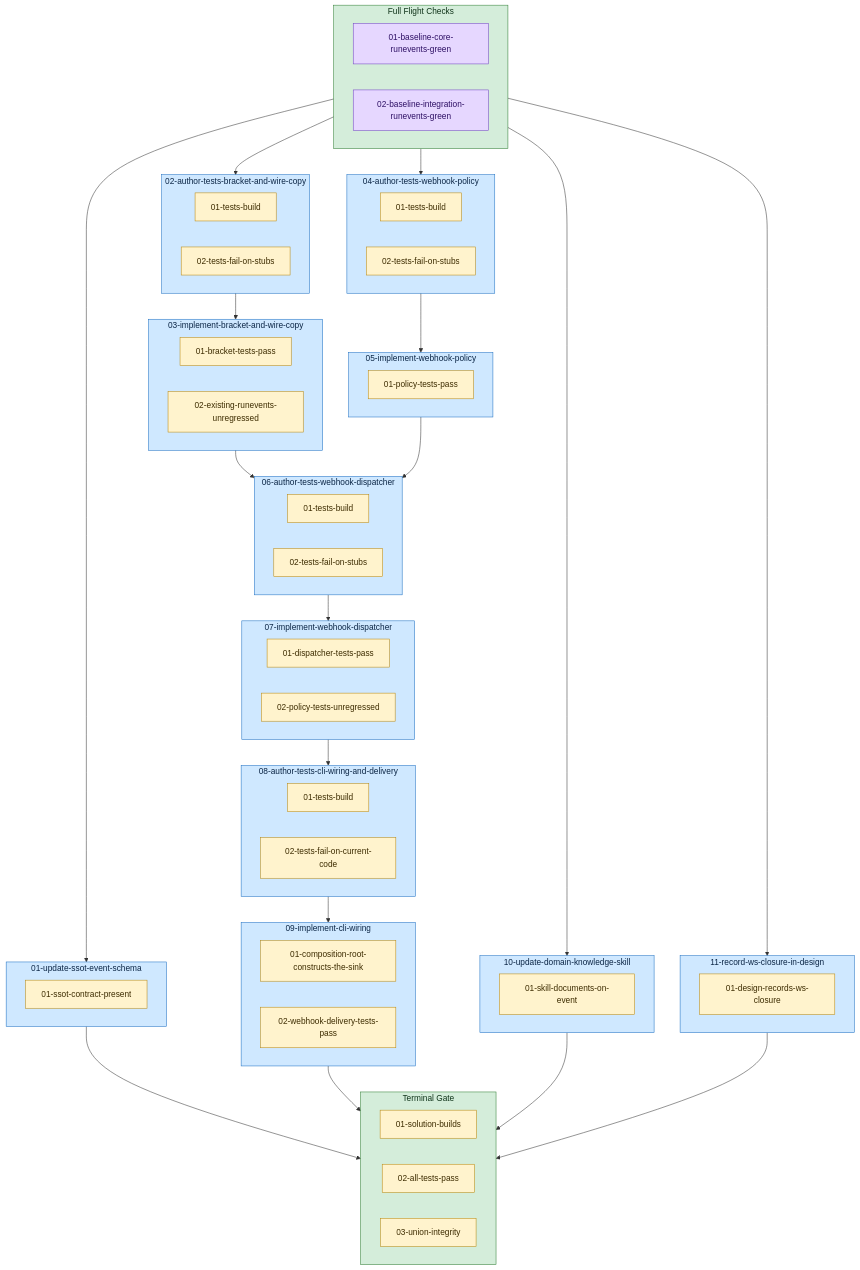
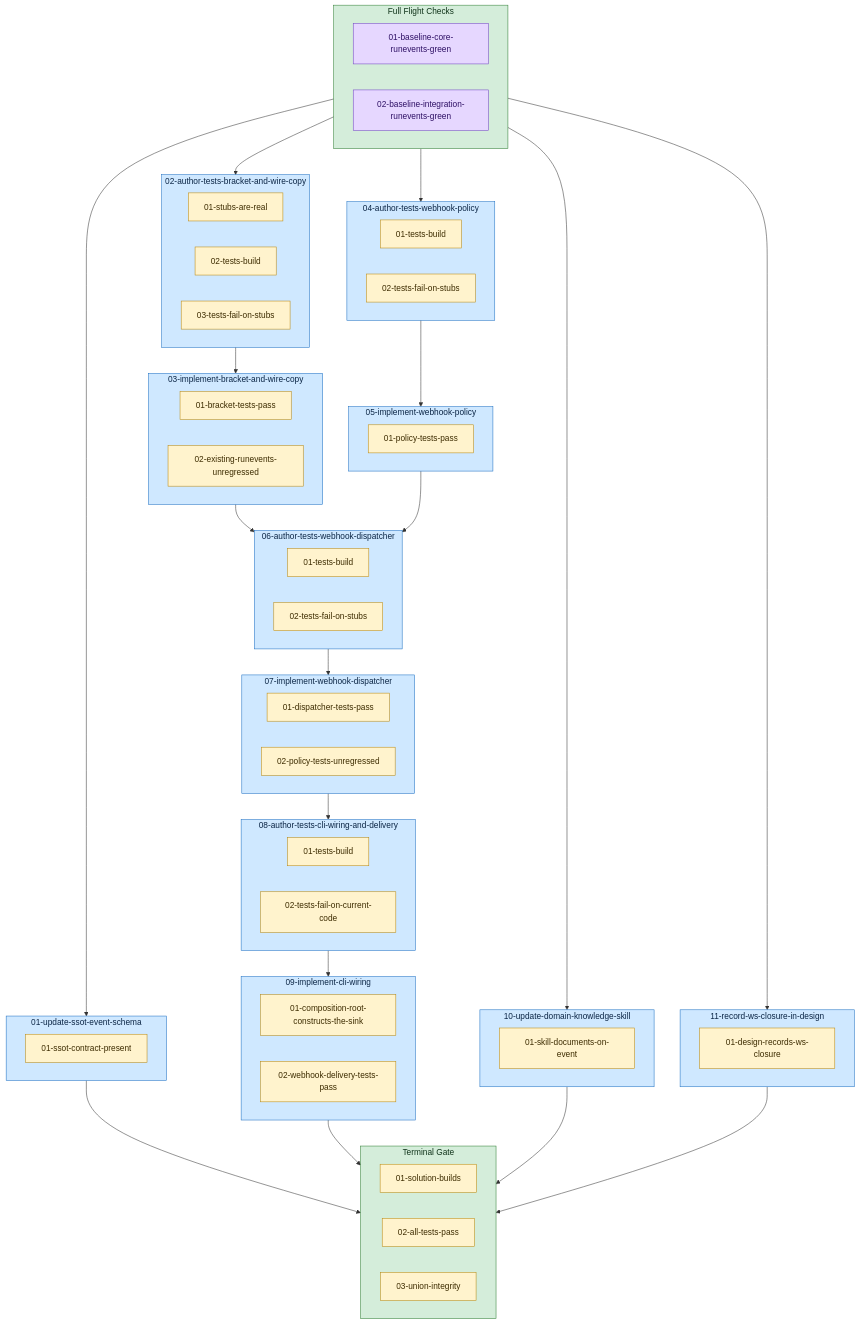
The diagram in docs/plans/36-onevent-webhooks/diagram.md (Servant-Software-LLC/Guardrails), drawn with Mermaid before and after one commit. The commit also changed other lines of this file and 24 other files, not shown here.

```diff
--- a/docs/plans/36-onevent-webhooks/diagram.md
+++ b/docs/plans/36-onevent-webhooks/diagram.md
@@ -12,8 +12,9 @@
   end
   style task_01_update_ssot_event_schema fill:#cfe8ff,stroke:#1b6ec2,color:#0b2545;
   subgraph task_02_author_tests_bracket_and_wire_copy["02-author-tests-bracket-and-wire-copy"]
-    task_02_author_tests_bracket_and_wire_copy_gr_0["01-tests-build"]:::guardrail
-    task_02_author_tests_bracket_and_wire_copy_gr_1["02-tests-fail-on-stubs"]:::guardrail
+    task_02_author_tests_bracket_and_wire_copy_gr_0["01-stubs-are-real"]:::guardrail
+    task_02_author_tests_bracket_and_wire_copy_gr_1["02-tests-build"]:::guardrail
+    task_02_author_tests_bracket_and_wire_copy_gr_2["03-tests-fail-on-stubs"]:::guardrail
   end
   style task_02_author_tests_bracket_and_wire_copy fill:#cfe8ff,stroke:#1b6ec2,color:#0b2545;
   subgraph task_03_implement_bracket_and_wire_copy["03-implement-bracket-and-wire-copy"]
```
